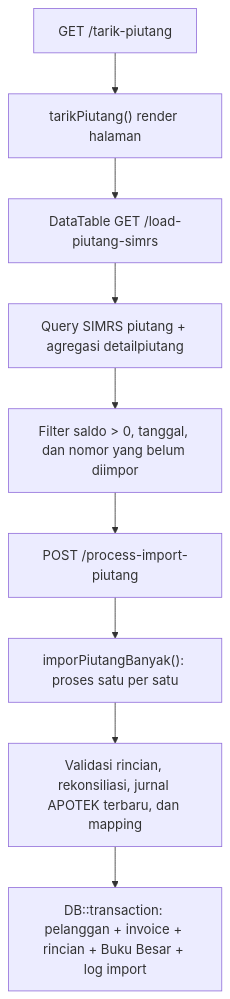
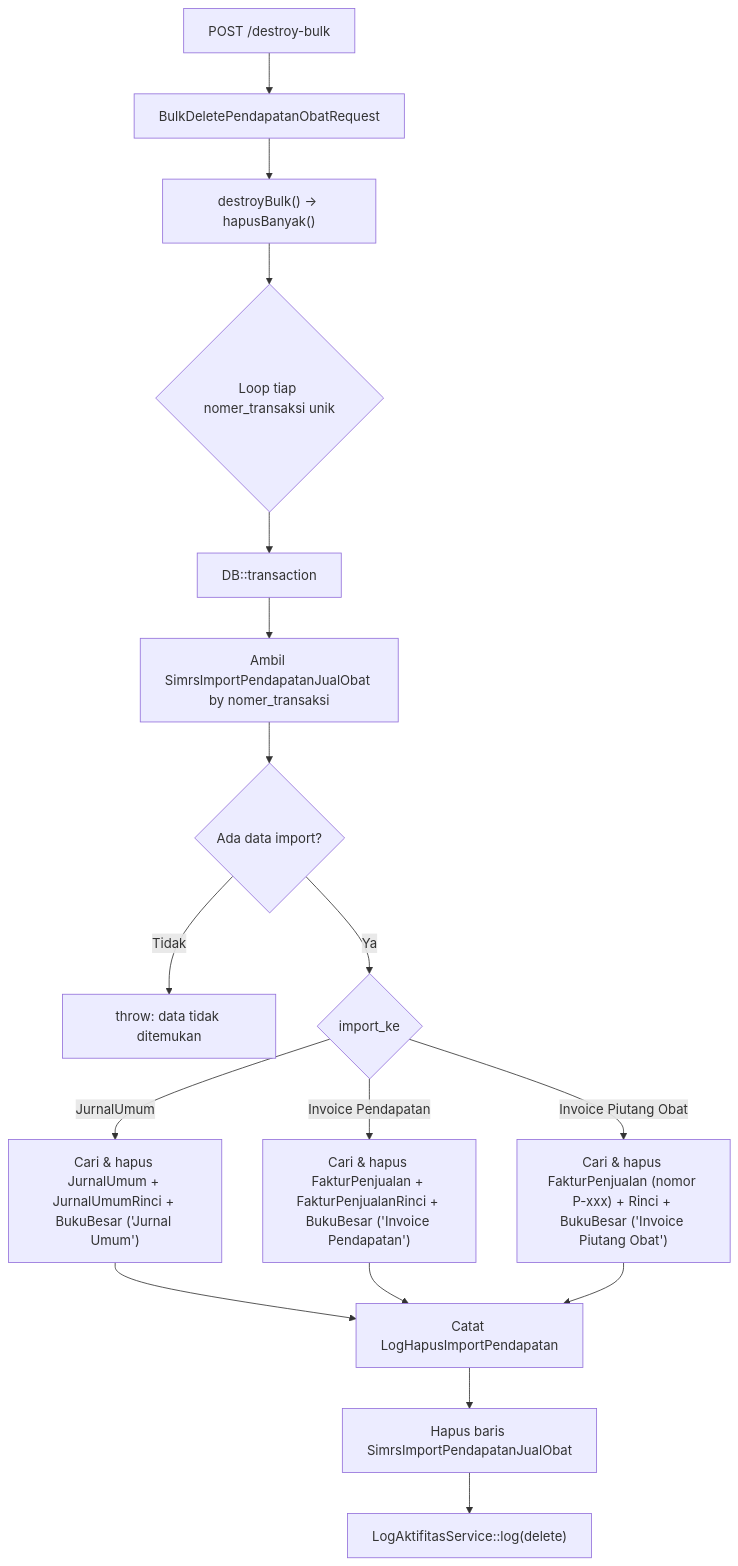
One commit to AltamaSidoarjo/laravel-siakurat-pt-smt changed the fourth of 4 diagrams in dokumentasi/bridging-pendapatan-obat.md. Above: the diagram before and after it, drawn with Mermaid. The commit also changed other lines of this file and 18 other files, not shown here.

Commit message:
feat(bridging-obat): hapus ketergantungan jurnal SIMRS, gunakan cara bayar kasir & setting akun obat terpusat

````diff
--- a/dokumentasi/bridging-pendapatan-obat.md
+++ b/dokumentasi/bridging-pendapatan-obat.md
@@ -163,11 +179,19 @@
 ```mermaid
 flowchart TD
-    A["GET /tarik-piutang"] --> B["tarikPiutang() render halaman"]
-    B --> C["DataTable GET /load-piutang-simrs"]
-    C --> D["Query SIMRS piutang + agregasi detailpiutang"]
-    D --> E["Filter saldo > 0, tanggal, dan nomor yang belum diimpor"]
-    E --> F["POST /process-import-piutang"]
-    F --> G["imporPiutangBanyak(): proses satu per satu"]
-    G --> H["Validasi rincian, rekonsiliasi, jurnal APOTEK terbaru, dan mapping"]
-    H --> I["DB::transaction: pelanggan + invoice + rincian + Buku Besar + log import"]
+    A["POST /destroy-bulk"] --> B["BulkDeletePendapatanObatRequest"]
+    B --> C["destroyBulk() -> hapusBanyak()"]
+    C --> D{"Loop tiap nomer_transaksi unik"}
+    D --> E["DB::transaction"]
+    E --> F["Ambil SimrsImportPendapatanJualObat by nomer_transaksi"]
+    F --> G{"Ada data import?"}
+    G -- Tidak --> H["throw: data tidak ditemukan"]
+    G -- Ya --> I{"import_ke"}
+    I -- JurnalUmum --> J["Cari & hapus JurnalUmum + JurnalUmumRinci + BukuBesar ('Jurnal Umum')"]
+    I -- Invoice Pendapatan --> K["Cari & hapus FakturPenjualan + FakturPenjualanRinci + BukuBesar ('Invoice Pendapatan')"]
+    I -- Invoice Piutang Obat --> L["Cari & hapus FakturPenjualan (nomor P-xxx) + Rinci + BukuBesar ('Invoice Piutang Obat')"]
+    J --> M["Catat LogHapusImportPendapatan"]
+    K --> M
+    L --> M
+    M --> N["Hapus baris SimrsImportPendapatanJualObat"]
+    N --> O["LogAktifitasService::log(delete)"]
 ```
````
